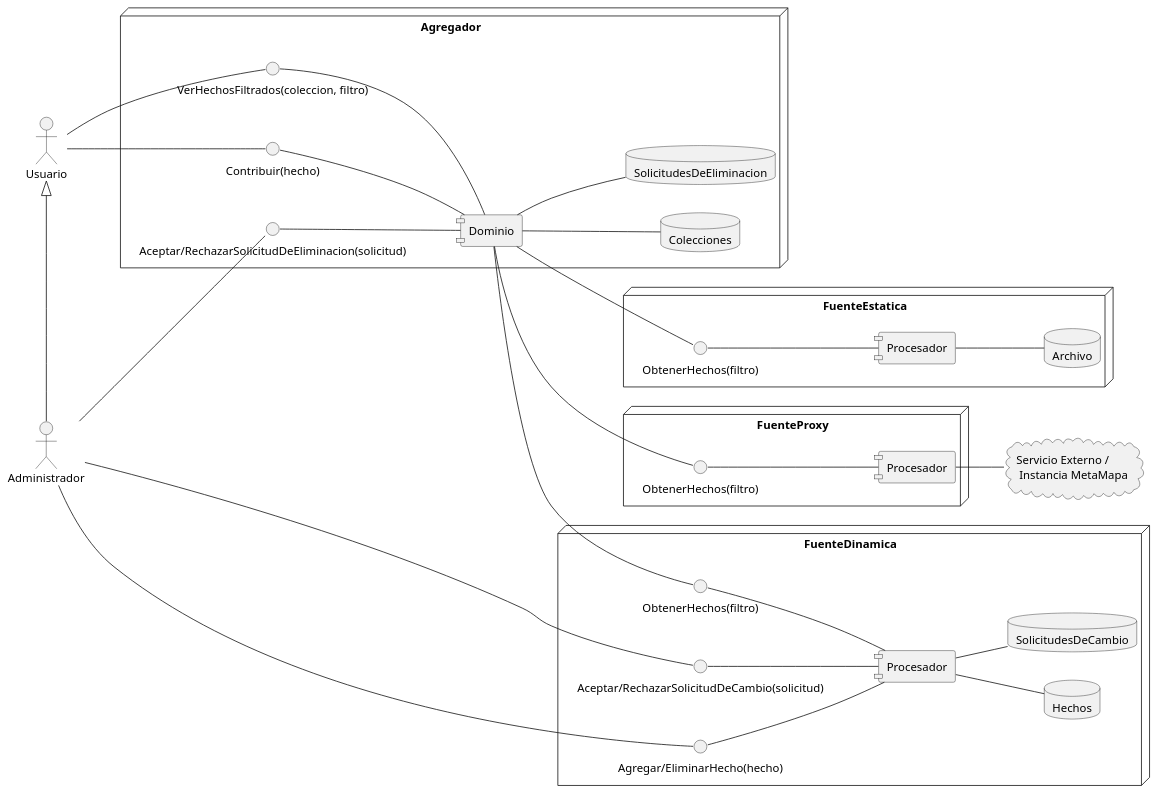
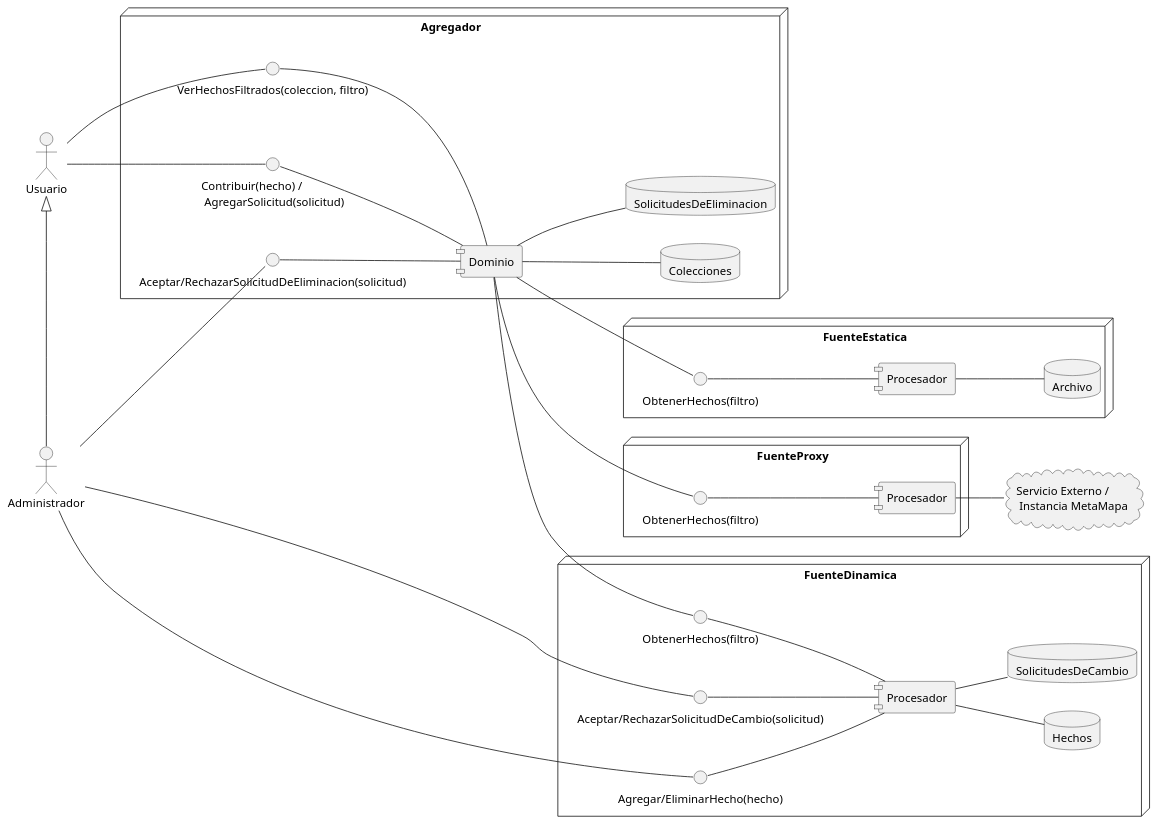
Before and after one commit to lrizzitano/Metamapa: the diagram in diagramas/diagrama-despliegue.puml, drawn with PlantUML. The commit also changed 3 other files, not shown here.

Commit message:
actualizo diagramas y decisiones

```diff
--- a/diagramas/diagrama-despliegue.puml
+++ b/diagramas/diagrama-despliegue.puml
@@ -1,83 +1,83 @@
 @startuml
 
 skinparam componentStyle uml1
 
 left to right direction
 
 node "Agregador" {
 
     database Colecciones
     database SolicitudesDeEliminacion
 
     interface "Aceptar/RechazarSolicitudDeEliminacion(solicitud)" as interfazSolicitudesEliminacion
-    interface "Contribuir(hecho)"
+    interface "Contribuir(hecho) / \n AgregarSolicitud(solicitud)" as interfazContribucion
     interface "VerHechosFiltrados(coleccion, filtro)"
 
     [Dominio] -- Colecciones
     [Dominio] -- SolicitudesDeEliminacion
     interfazSolicitudesEliminacion -- [Dominio]
 
     "VerHechosFiltrados(coleccion, filtro)" -- [Dominio]
-    "Contribuir(hecho)" -- [Dominio]
+    interfazContribucion -- [Dominio]
 }
 
 node "FuenteEstatica" {
 
     interface "ObtenerHechos(filtro)" as InterfazFuenteEstatica
 
     database Archivo
 
     [Procesador] as procesadorFuenteEstatica
 
     InterfazFuenteEstatica -- procesadorFuenteEstatica
     procesadorFuenteEstatica  -- Archivo
 
     [Dominio] -- InterfazFuenteEstatica
 }
 
 node "FuenteProxy" {
     interface "ObtenerHechos(filtro)" as InterfazFuenteProxy
 
     [Procesador] as procesadorFuenteProxy
 
     InterfazFuenteProxy -- procesadorFuenteProxy
     [Dominio] -- InterfazFuenteProxy
 
 }
 
 node "FuenteDinamica" {
     interface "Aceptar/RechazarSolicitudDeCambio(solicitud)" as interfazSolicitudesCambio
     interface "Agregar/EliminarHecho(hecho)" as interfazHechos
     interface "ObtenerHechos(filtro)" as interfazFuenteDinamica
 
     database Hechos
     database SolicitudesDeCambio
 
     [Procesador] as procesadorFuenteDinamica
 
     interfazFuenteDinamica -- procesadorFuenteDinamica
     interfazSolicitudesCambio -- procesadorFuenteDinamica
     interfazHechos -- procesadorFuenteDinamica
     procesadorFuenteDinamica -- Hechos
     procesadorFuenteDinamica -- SolicitudesDeCambio
 
     [Dominio] -- interfazFuenteDinamica
 }
 
 
 
  cloud "Servicio Externo / \n Instancia MetaMapa" as conexion
  procesadorFuenteProxy -- conexion
 
  actor "Usuario" as user
- user -- "Contribuir(hecho)"
+ user -- interfazContribucion
  user -- "VerHechosFiltrados(coleccion, filtro)"
 
  Actor "Administrador" as admin
  user <|- admin
  admin -- interfazSolicitudesEliminacion
  admin -- interfazSolicitudesCambio
  admin -- interfazHechos
 
 
 @enduml
```
